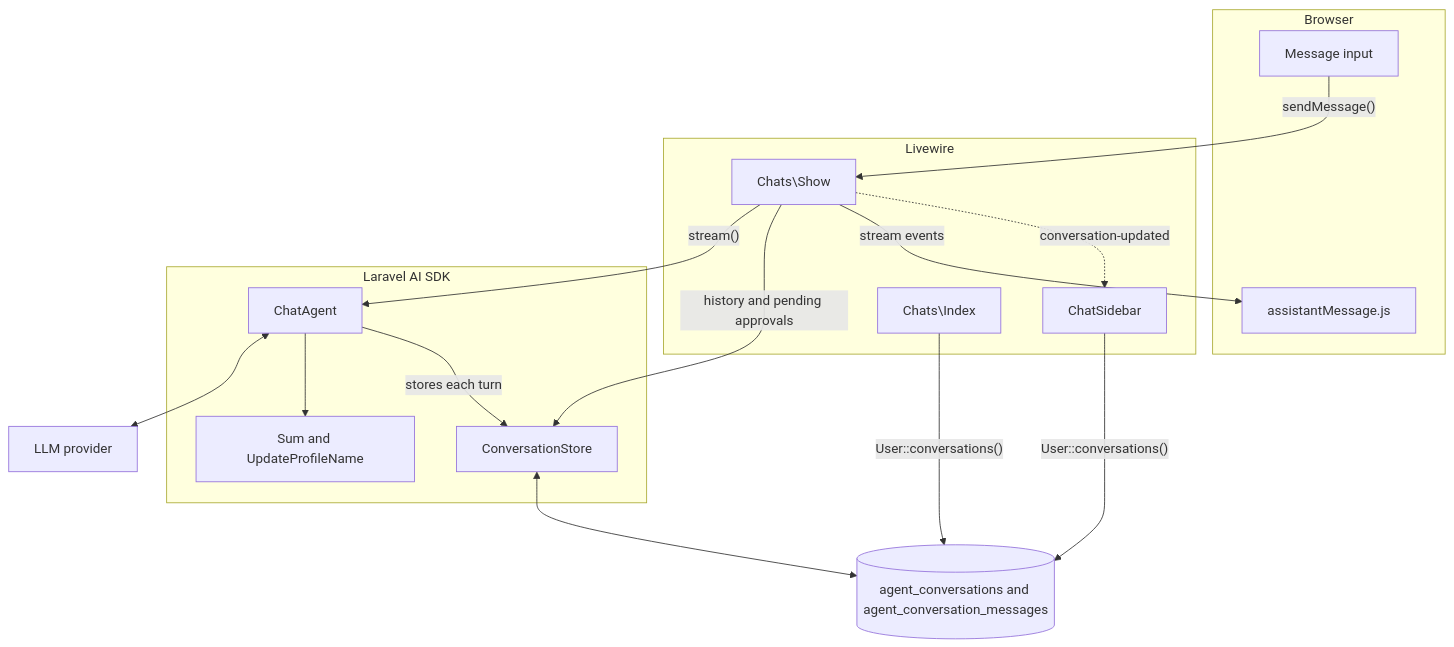
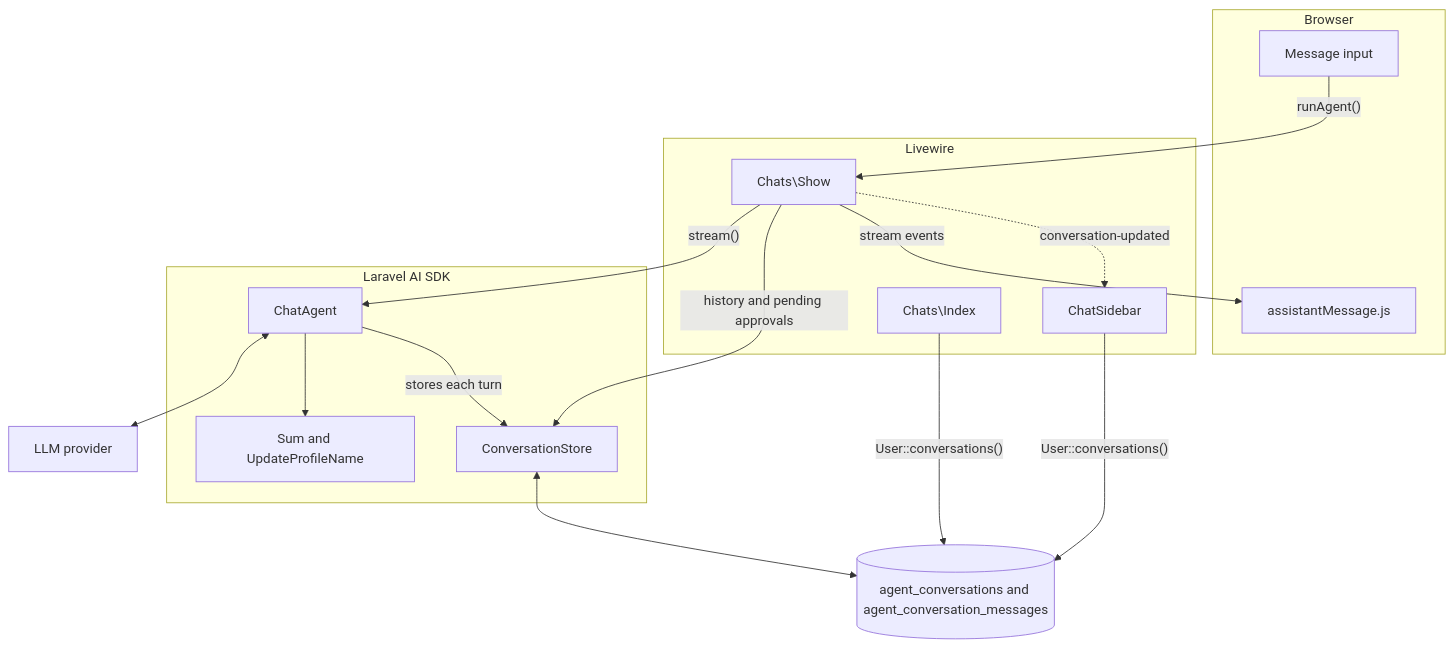
Before and after one commit to kauffinger/livewire-chat: the first of 4 diagrams in README.md, drawn with Mermaid. The commit also changed other lines of this file and 8 other files, not shown here.

First line of the commit message:
refactor: show the pending message without a round trip

````diff
--- a/README.md
+++ b/README.md
@@ -98,34 +98,34 @@
 ```mermaid
 flowchart TB
     subgraph Browser
         Input["Message input"]
         Message["assistantMessage.js"]
     end
 
     subgraph Livewire
         Show["Chats\Show"]
         Sidebar["ChatSidebar"]
         Index["Chats\Index"]
     end
 
     subgraph SDK["Laravel AI SDK"]
         Agent["ChatAgent"]
         Tools["Sum and UpdateProfileName"]
         Store["ConversationStore"]
     end
 
     Provider["LLM provider"]
     Database[("agent_conversations and agent_conversation_messages")]
 
-    Input -- "sendMessage()" --> Show
+    Input -- "runAgent()" --> Show
     Show -- "stream()" --> Agent
     Agent <--> Provider
     Agent --> Tools
     Agent -- "stores each turn" --> Store
     Show -- "history and pending approvals" --> Store
     Store <--> Database
     Show -- "stream events" --> Message
     Show -. "conversation-updated" .-> Sidebar
     Sidebar -- "User::conversations()" --> Database
     Index -- "User::conversations()" --> Database
 ```
````
